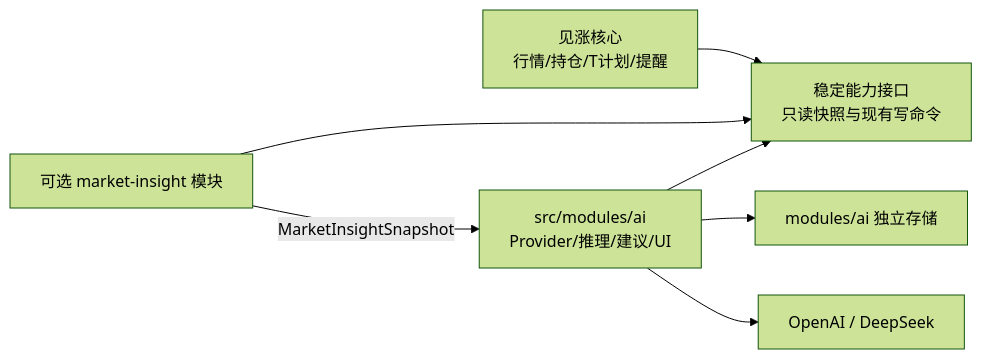
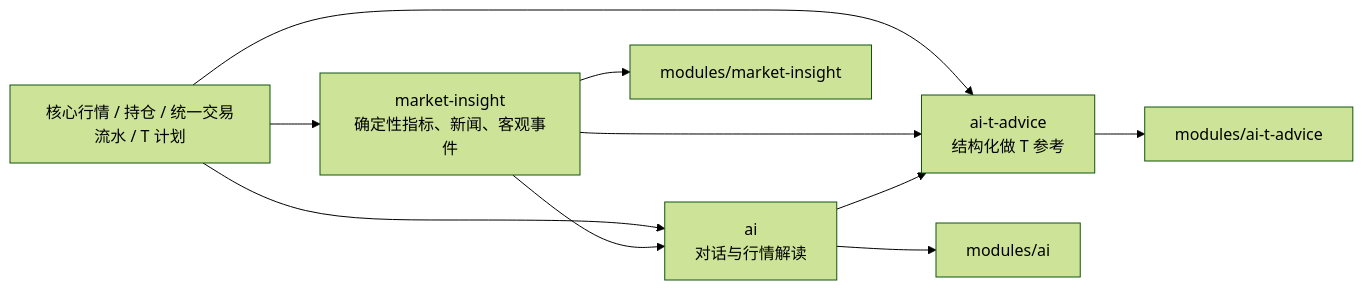
Before and after one commit to SingleOne/JianZhang: the first of 2 diagrams in docs/wiki/08-ai-extension-points.md, drawn with Mermaid (forest theme). The commit also changed other lines of this file and 13 other files, not shown here.

````diff
--- a/docs/wiki/08-ai-extension-points.md
+++ b/docs/wiki/08-ai-extension-points.md
@@ -21,9 +9,12 @@
 ```mermaid
 flowchart LR
-    CORE["见涨核心<br/>行情/持仓/T计划/提醒"] --> PORT["稳定能力接口<br/>只读快照与现有写命令"]
-    INSIGHT["可选 market-insight 模块"] --> PORT
-    INSIGHT -->|"MarketInsightSnapshot"| AI
-    AI["src/modules/ai<br/>Provider/推理/建议/UI"] --> PORT
-    AI --> STORE["modules/ai 独立存储"]
-    AI --> NET["OpenAI / DeepSeek"]
+    CORE["核心行情 / 持仓 / 统一交易流水 / T 计划"] --> INSIGHT["market-insight<br/>确定性指标、新闻、客观事件"]
+    CORE --> AI["ai<br/>对话与行情解读"]
+    INSIGHT --> AI
+    CORE --> TAI["ai-t-advice<br/>结构化做 T 参考"]
+    INSIGHT --> TAI
+    AI --> TAI
+    AI --> AISTORE["modules/ai"]
+    INSIGHT --> ISTORE["modules/market-insight"]
+    TAI --> TSTORE["modules/ai-t-advice"]
 ```
````
